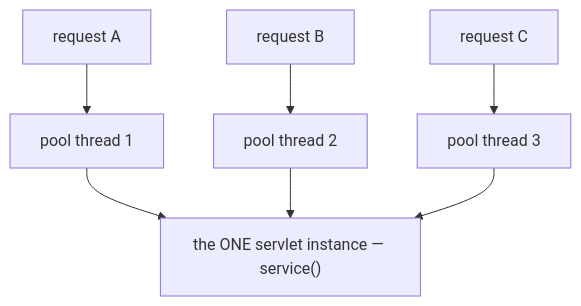
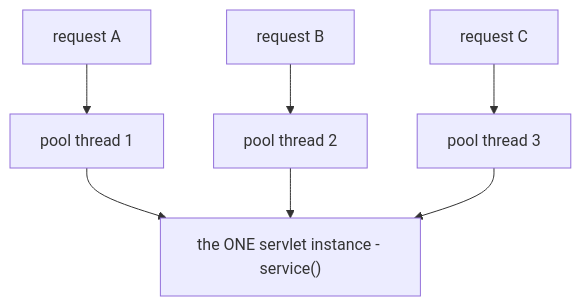
The second of 2 diagrams in guides/frameworks/the-servlet-api/02-the-servlet-container-and-lifecycle.md (Topurrra/themissingmanual), drawn with Mermaid before and after one commit. The commit also changed other lines of this file and 1009 other files, not shown here.

````diff
--- a/guides/frameworks/the-servlet-api/02-the-servlet-container-and-lifecycle.md
+++ b/guides/frameworks/the-servlet-api/02-the-servlet-container-and-lifecycle.md
@@ -117,9 +117,9 @@
 ```mermaid
 flowchart TD
   R1[request A] --> T1[pool thread 1]
   R2[request B] --> T2[pool thread 2]
   R3[request C] --> T3[pool thread 3]
-  T1 --> S["the ONE servlet instance — service()"]
+  T1 --> S["the ONE servlet instance - service()"]
   T2 --> S
   T3 --> S
 ```
````
